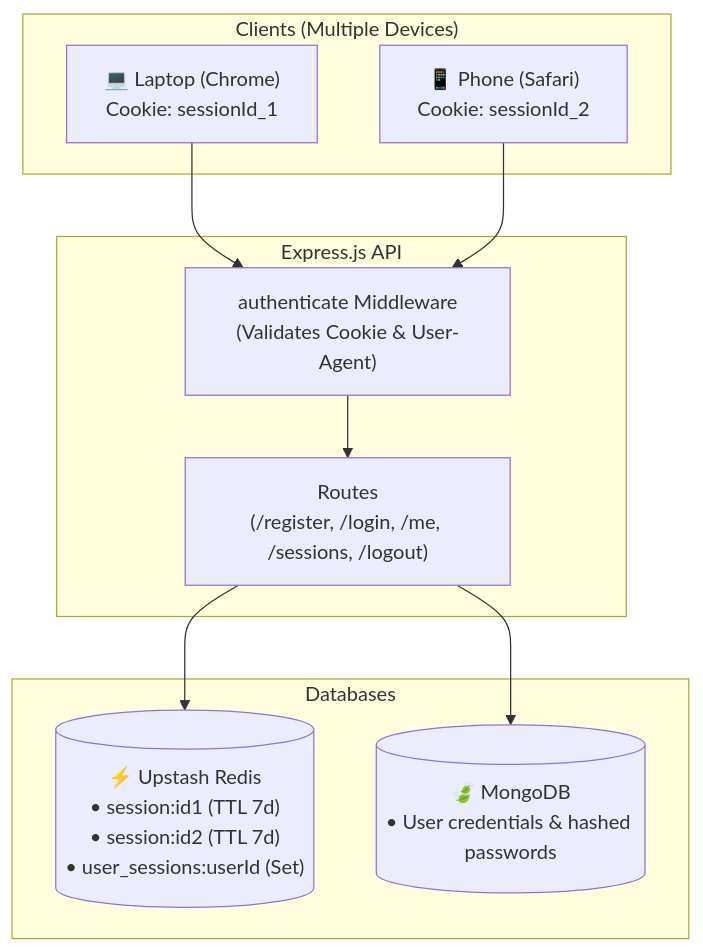
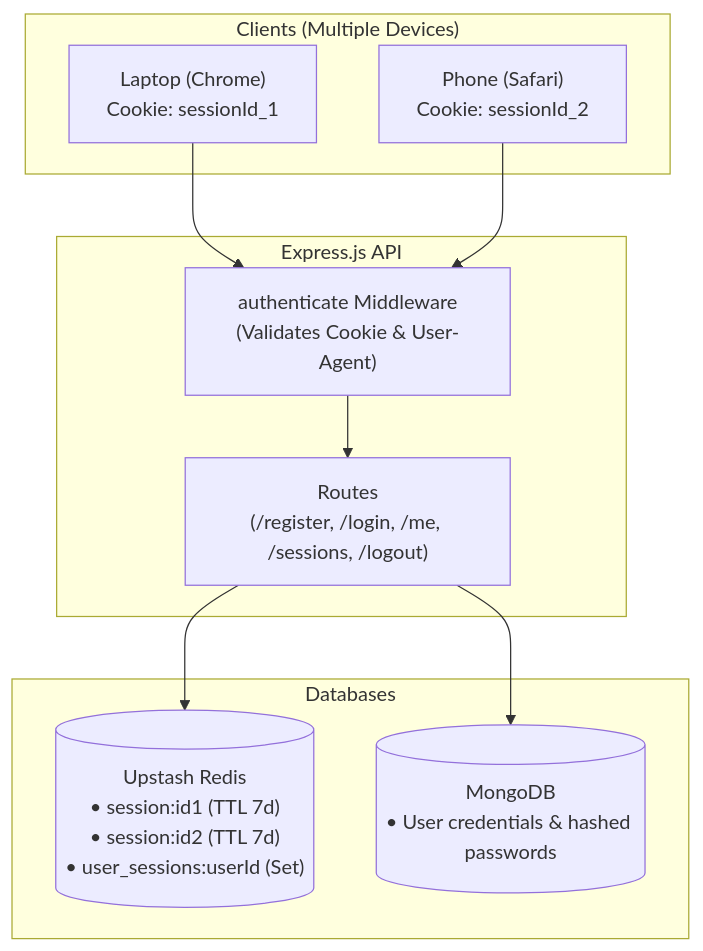
The diagram in session-Based-Authentication-3/README.md (Prashant01pro/backend-engineering-roadmap), drawn with Mermaid before and after one commit. The commit also changed other lines of this file and 3 other files, not shown here.

````diff
--- a/session-Based-Authentication-3/README.md
+++ b/session-Based-Authentication-3/README.md
@@ -34,22 +34,22 @@
 ```mermaid
 flowchart TD
     subgraph Clients ["Clients (Multiple Devices)"]
-        Laptop["💻 Laptop (Chrome)\nCookie: sessionId_1"]
-        Phone["📱 Phone (Safari)\nCookie: sessionId_2"]
+        Laptop[" Laptop (Chrome)\nCookie: sessionId_1"]
+        Phone[" Phone (Safari)\nCookie: sessionId_2"]
     end
 
     subgraph Backend ["Express.js API"]
         AuthMiddleware["authenticate Middleware\n(Validates Cookie & User-Agent)"]
         Routes["Routes\n(/register, /login, /me, /sessions, /logout)"]
     end
 
     subgraph Storage ["Databases"]
-        Redis[("⚡ Upstash Redis\n• session:id1 (TTL 7d)\n• session:id2 (TTL 7d)\n• user_sessions:userId (Set)")]
-        Mongo[("🍃 MongoDB\n• User credentials & hashed passwords")]
+        Redis[(" Upstash Redis\n• session:id1 (TTL 7d)\n• session:id2 (TTL 7d)\n• user_sessions:userId (Set)")]
+        Mongo[(" MongoDB\n• User credentials & hashed passwords")]
     end
 
     Laptop & Phone --> AuthMiddleware
     AuthMiddleware --> Routes
     Routes --> Redis
     Routes --> Mongo
 ```
````
